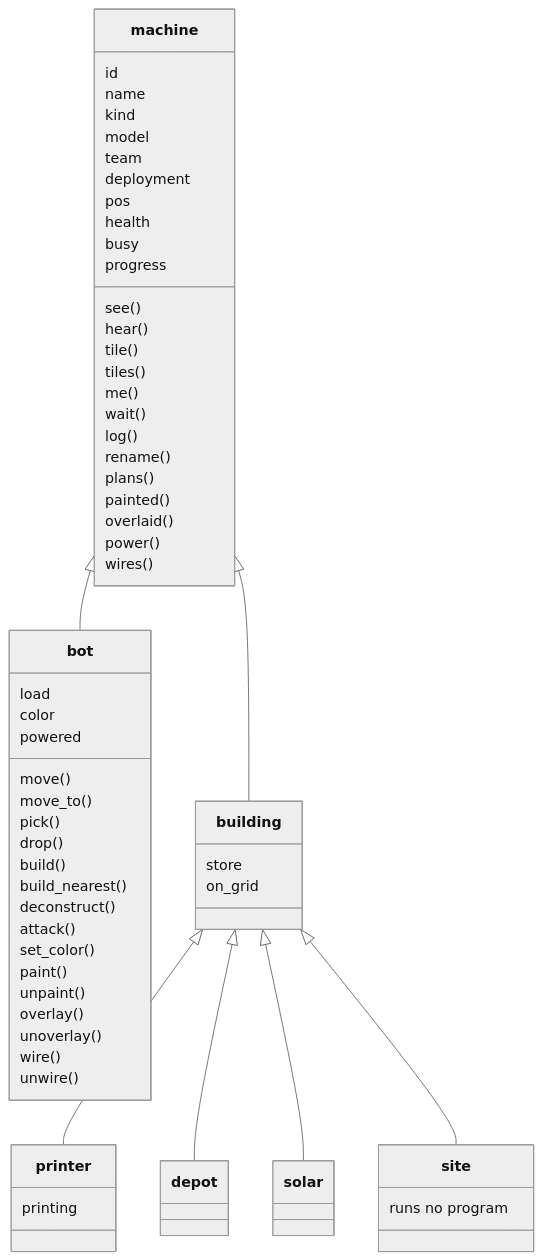
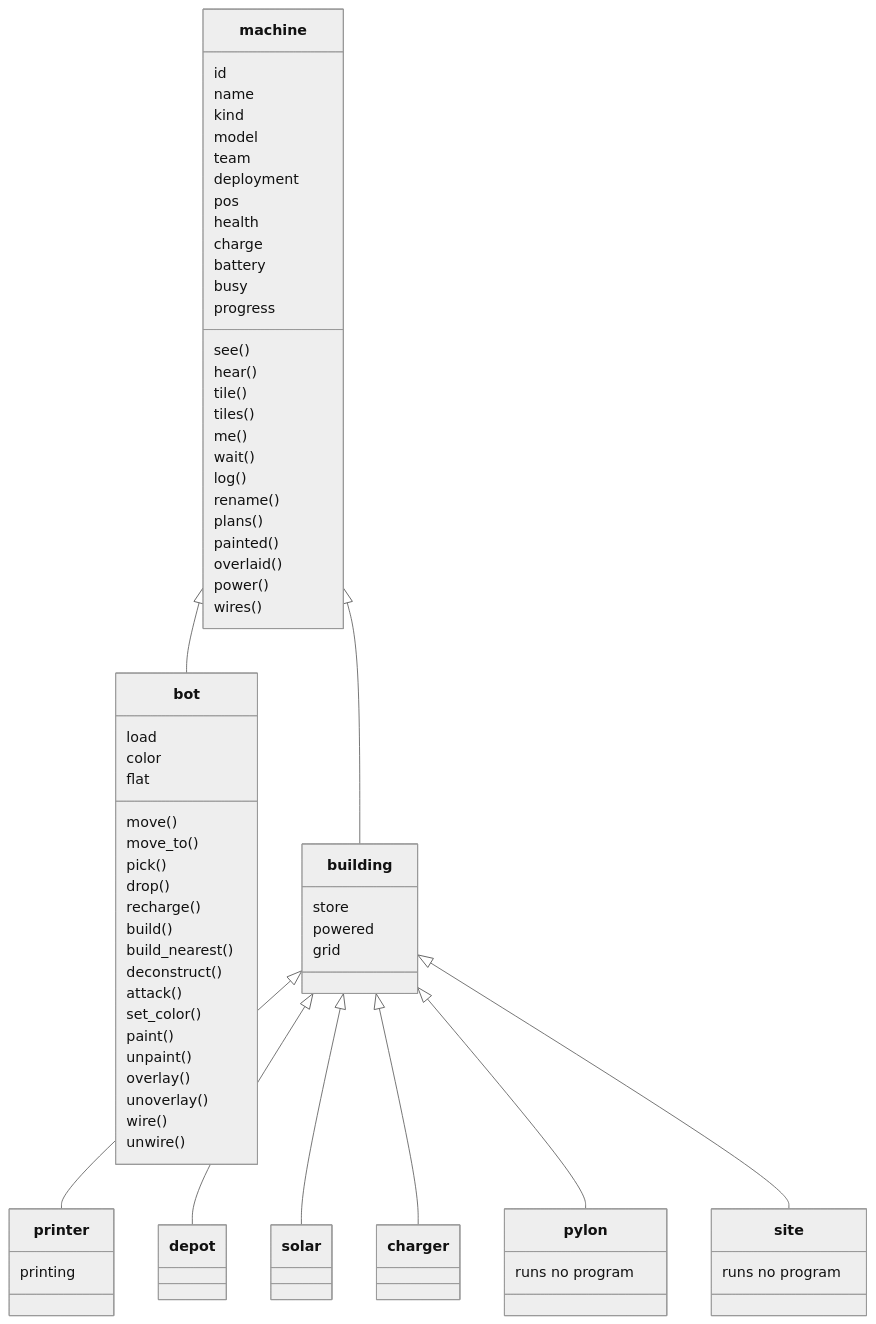
The diagram in docs/02-machines.md (mmmtastymmm/programming-game-planned-2), drawn with Mermaid (neutral theme) before and after one commit. The commit also changed other lines of this file and 15 other files, not shown here.

````diff
--- a/docs/02-machines.md
+++ b/docs/02-machines.md
@@ -195,66 +191,76 @@
 ```mermaid
 classDiagram
   class machine {
     id
     name
     kind
     model
     team
     deployment
     pos
     health
+    charge
+    battery
     busy
     progress
     see()
     hear()
     tile()
     tiles()
     me()
     wait()
     log()
     rename()
     plans()
     painted()
     overlaid()
     power()
     wires()
   }
   class bot {
     load
     color
-    powered
+    flat
     move()
     move_to()
     pick()
     drop()
+    recharge()
     build()
     build_nearest()
     deconstruct()
     attack()
     set_color()
     paint()
     unpaint()
     overlay()
     unoverlay()
     wire()
     unwire()
   }
   class building {
     store
-    on_grid
+    powered
+    grid
   }
   class printer {
     printing
   }
   class depot
   class solar
+  class charger
+  class pylon {
+    runs no program
+  }
   class site {
     runs no program
   }
   machine <|-- bot
   machine <|-- building
   building <|-- printer
   building <|-- depot
   building <|-- solar
+  building <|-- charger
+  building <|-- pylon
   building <|-- site
 ```
````
